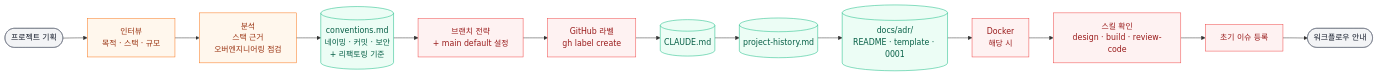
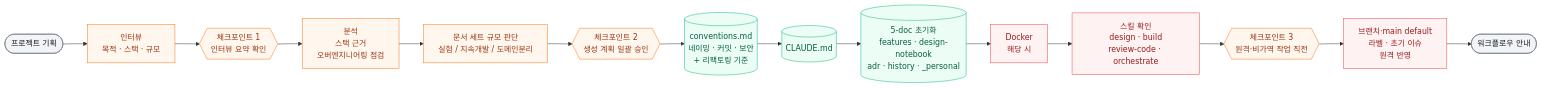
Before and after one commit to hyewon3938/build-with-ai: the fourth of 4 diagrams in workflow/skills-overview.md, drawn with Mermaid. The commit also changed other lines of this file and 3 other files, not shown here.

````diff
--- a/workflow/skills-overview.md
+++ b/workflow/skills-overview.md
@@ -115,25 +123,26 @@
 ```mermaid
 graph LR
     Q([프로젝트 기획]) --> IN[인터뷰<br/>목적 · 스택 · 규모]
-    IN --> AN[분석<br/>스택 근거<br/>오버엔지니어링 점검]
-    AN --> CV[(conventions.md<br/>네이밍 · 커밋 · 보안<br/>+ 리팩토링 기준)]
-    CV --> BR[브랜치 전략<br/>+ main default 설정]
-    BR --> LB[GitHub 라벨<br/>gh label create]
-    LB --> CM[(CLAUDE.md)]
-    CM --> HI[(project-history.md)]
-    HI --> ADR[(docs/adr/<br/>README · template · 0001)]
-    ADR --> DK[Docker<br/>해당 시]
-    DK --> SK[스킬 확인<br/>design · build · review-code]
-    SK --> IS[초기 이슈 등록]
-    IS --> O([워크플로우 안내])
+    IN --> CP1{{"체크포인트 1<br/>인터뷰 요약 확인"}}
+    CP1 --> AN[분석<br/>스택 근거<br/>오버엔지니어링 점검]
+    AN --> DS[문서 세트 규모 판단<br/>실험 / 지속개발 / 도메인분리]
+    DS --> CP2{{"체크포인트 2<br/>생성 계획 일괄 승인"}}
+    CP2 --> CV[(conventions.md<br/>네이밍 · 커밋 · 보안<br/>+ 리팩토링 기준)]
+    CV --> CM[(CLAUDE.md)]
+    CM --> DOCS[(5-doc 초기화<br/>features · design-notebook<br/>adr · history · _personal)]
+    DOCS --> DK[Docker<br/>해당 시]
+    DK --> SK[스킬 확인<br/>design · build<br/>review-code · orchestrate]
+    SK --> CP3{{"체크포인트 3<br/>원격·비가역 작업 직전"}}
+    CP3 --> RMT[브랜치·main default<br/>라벨 · 초기 이슈<br/>원격 반영]
+    RMT --> O([워크플로우 안내])
 
     classDef io fill:#f3f4f6,stroke:#6b7280,color:#111827
     classDef interview fill:#fff7ed,stroke:#f97316,color:#9a3412
     classDef doc fill:#ecfdf5,stroke:#10b981,color:#065f46
     classDef external fill:#fef2f2,stroke:#ef4444,color:#991b1b
 
     class Q,O io
-    class IN,AN interview
-    class CV,CM,HI,ADR doc
-    class BR,LB,DK,SK,IS external
+    class IN,AN,DS,CP1,CP2,CP3 interview
+    class CV,CM,DOCS doc
+    class DK,SK,RMT external
 ```
````
